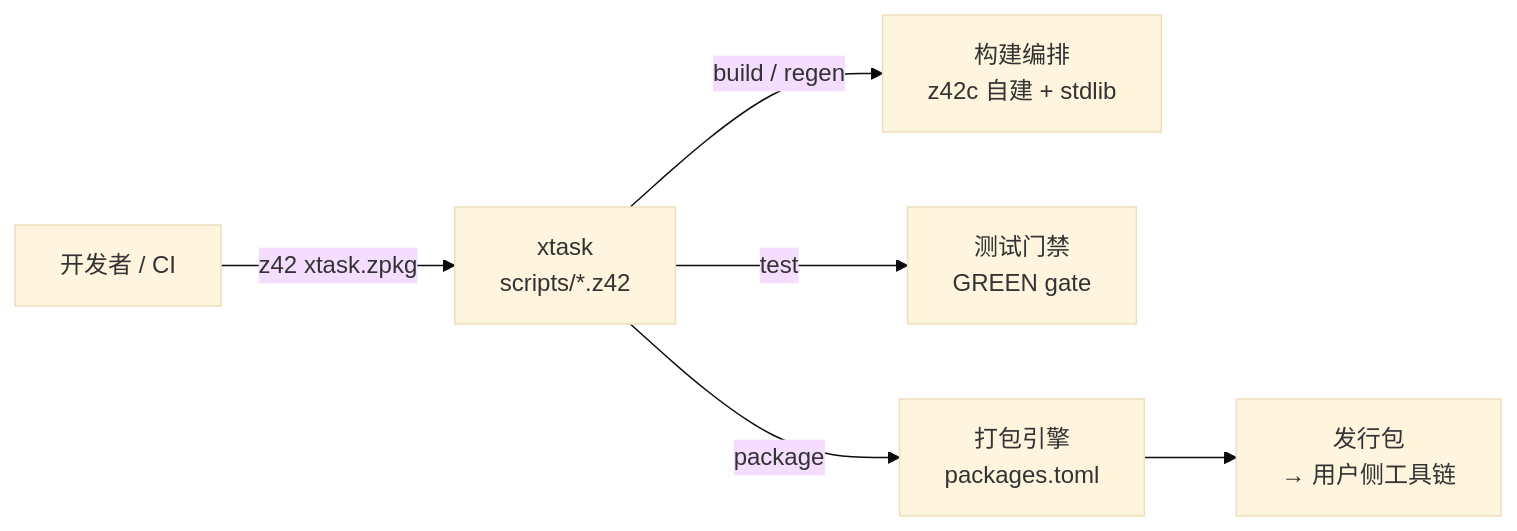
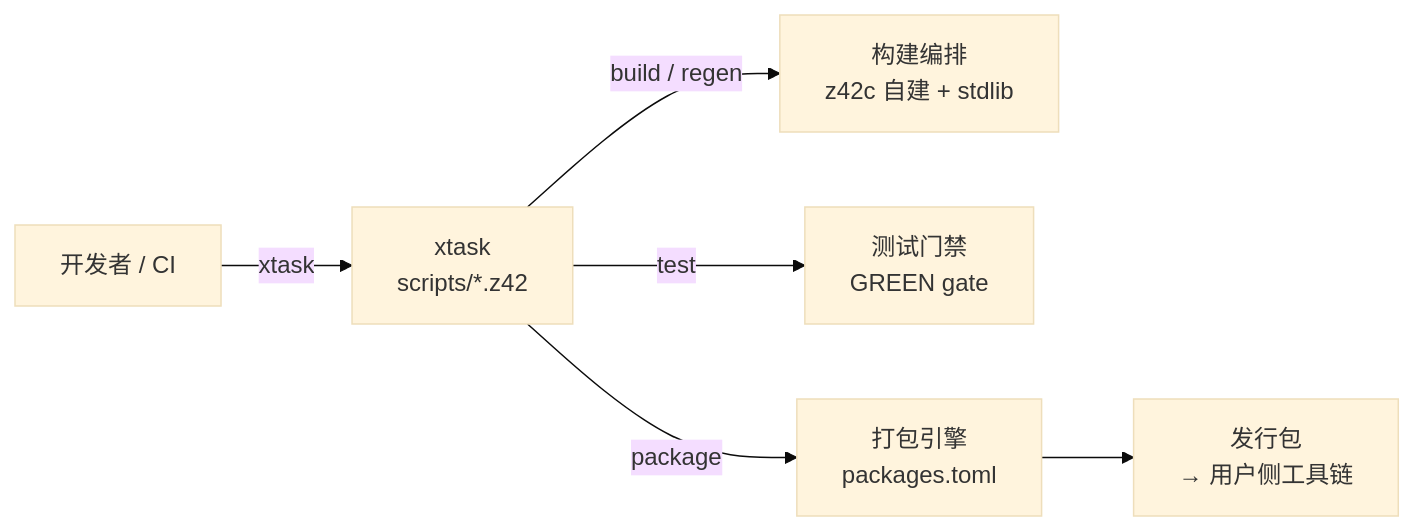
The diagram in docs/book/src/dev/README.md (z42-lang/z42), drawn with Mermaid (base theme) before and after one commit. The commit also changed 4 other files, not shown here.

First line of the commit message:
docs: xtask 调用形态统一为原生 apphost（xtask <cmd>）

````diff
--- a/docs/book/src/dev/README.md
+++ b/docs/book/src/dev/README.md
@@ -11,8 +11,8 @@
 ```mermaid
 graph LR
-    DEV[开发者 / CI] -->|z42 xtask.zpkg <cmd>| XTASK[xtask<br/>scripts/*.z42]
+    DEV[开发者 / CI] -->|xtask <cmd>| XTASK[xtask<br/>scripts/*.z42]
     XTASK -->|build / regen| BUILD[构建编排<br/>z42c 自建 + stdlib]
     XTASK -->|test| GATE[测试门禁<br/>GREEN gate]
     XTASK -->|package| PKG[打包引擎<br/>packages.toml]
     PKG --> DIST[发行包<br/>→ 用户侧工具链]
 ```
````
